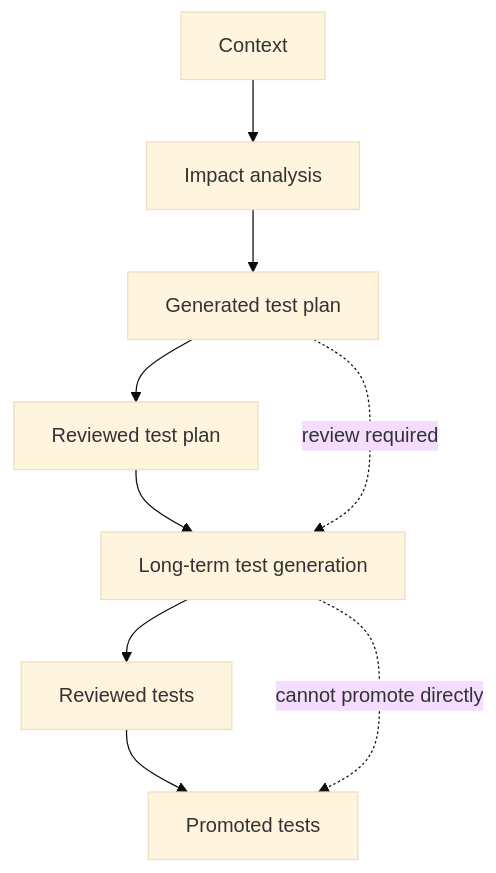
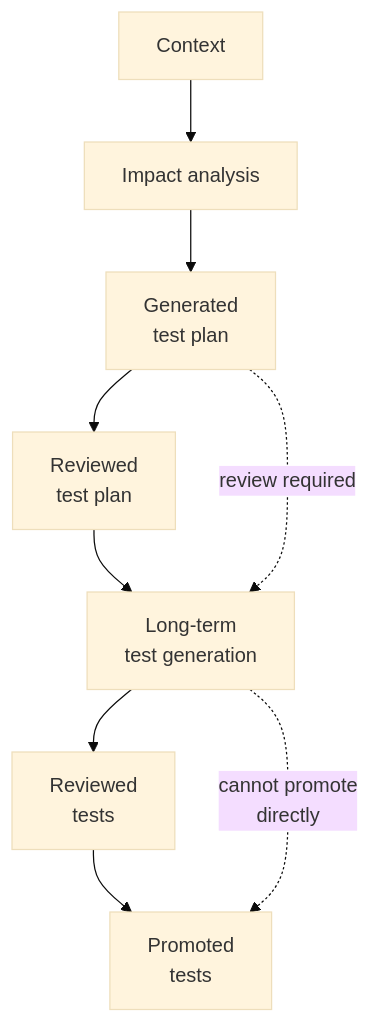
The fourth of 5 diagrams in docs/qa/ai-qc-workflow.md (Qin-BL/quality-platform), drawn with Mermaid (base theme) before and after one commit. The commit also changed other lines of this file and 2 other files, not shown here.

Commit message:
Improve diagram readability

```diff
--- a/docs/qa/ai-qc-workflow.md
+++ b/docs/qa/ai-qc-workflow.md
@@ -78,11 +78,11 @@
 ::: mermaid
 graph TD
     A["Context"] --> B["Impact analysis"]
-    B --> C["Generated test plan"]
-    C --> D["Reviewed test plan"]
-    D --> E["Long-term test generation"]
-    E --> F["Reviewed tests"]
-    F --> G["Promoted tests"]
+    B --> C["Generated<br/>test plan"]
+    C --> D["Reviewed<br/>test plan"]
+    D --> E["Long-term<br/>test generation"]
+    E --> F["Reviewed<br/>tests"]
+    F --> G["Promoted<br/>tests"]
     C -. "review required" .-> E
-    E -. "cannot promote directly" .-> G
+    E -. "cannot promote<br/>directly" .-> G
 :::
```
